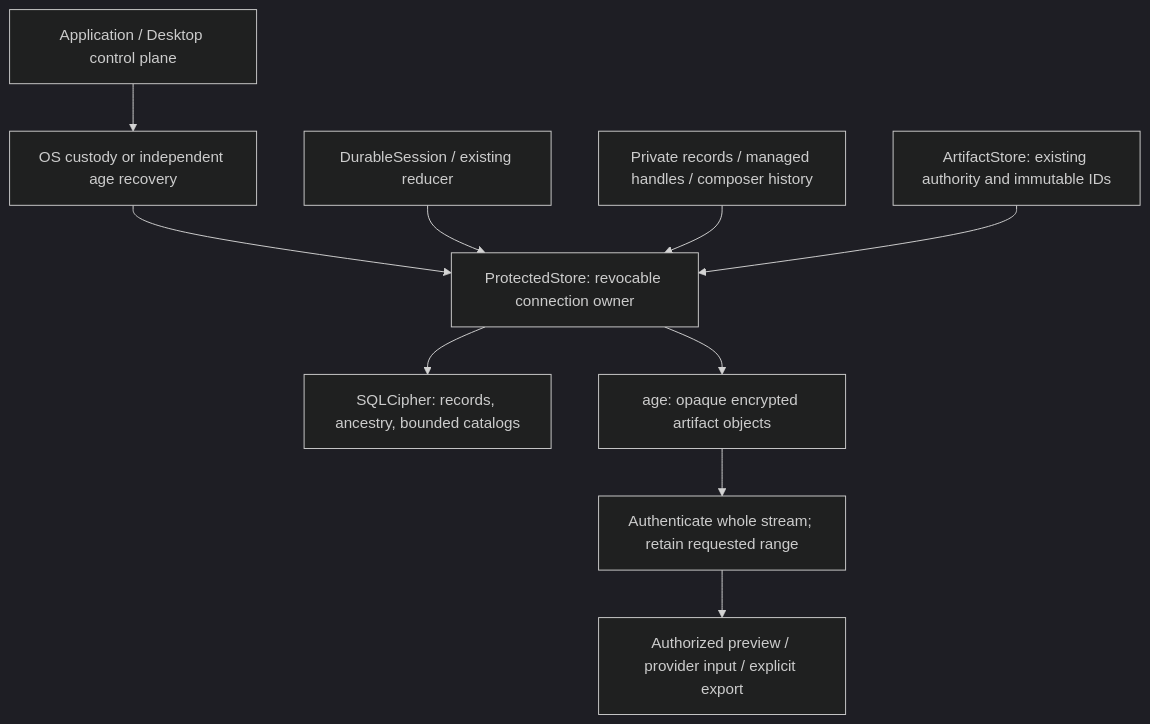
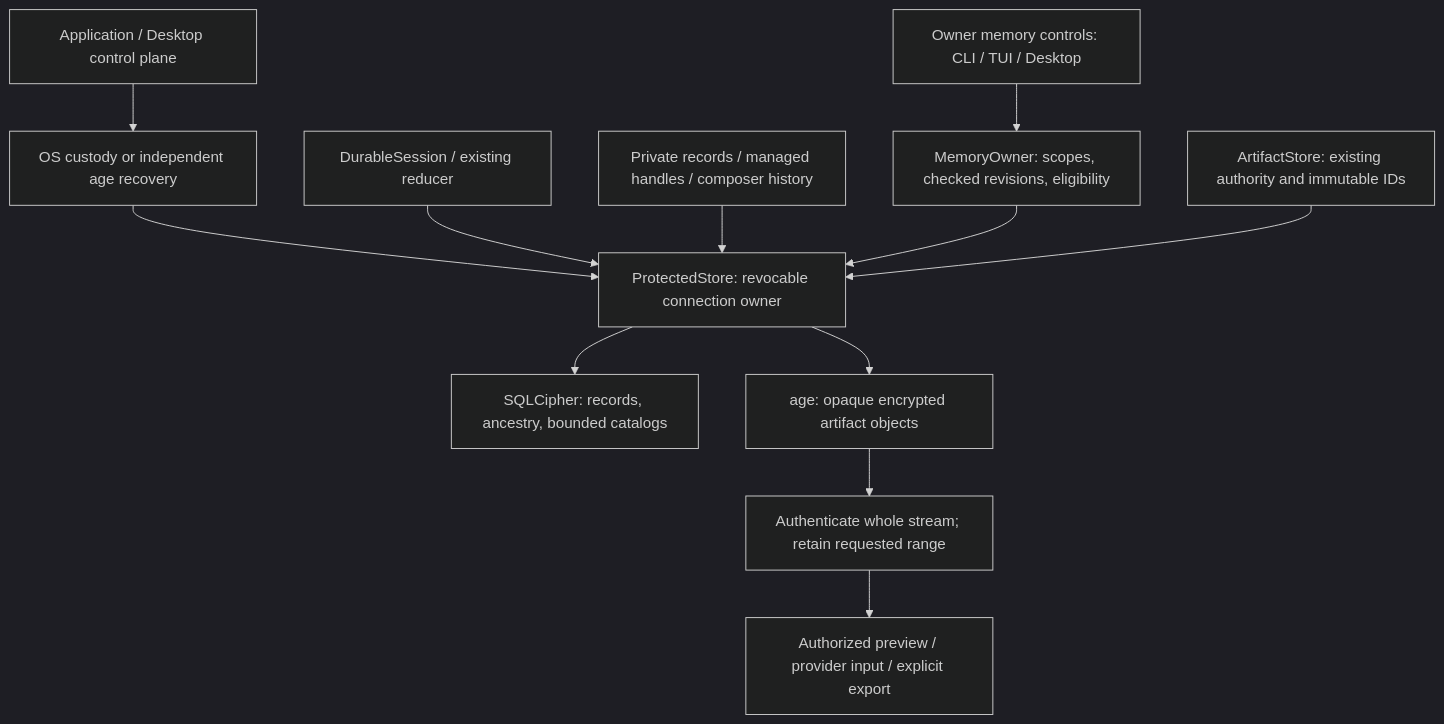
Before and after one commit to labcoder/xana: the diagram in docs/architecture/protected-storage.md, drawn with Mermaid (dark theme). The commit also changed other lines of this file and 40 other files, not shown here.

Commit message:
feat(memory): add governed scoped owner controls across clients

````diff
--- a/docs/architecture/protected-storage.md
+++ b/docs/architecture/protected-storage.md
@@ -19,12 +48,14 @@
 ```mermaid
 flowchart TD
     APP[Application / Desktop control plane] --> CUSTODY[OS custody or independent age recovery]
     CUSTODY --> STORE[ProtectedStore: revocable connection owner]
     SESSION[DurableSession / existing reducer] --> STORE
     RECORDS[Private records / managed handles / composer history] --> STORE
+    OWNER[Owner memory controls: CLI / TUI / Desktop] --> MEMORY[MemoryOwner: scopes, checked revisions, eligibility]
+    MEMORY --> STORE
     STORE --> DB[SQLCipher: records, ancestry, bounded catalogs]
     ART[ArtifactStore: existing authority and immutable IDs] --> STORE
     STORE --> AGE[age: opaque encrypted artifact objects]
     AGE --> RANGE[Authenticate whole stream; retain requested range]
     RANGE --> VIEW[Authorized preview / provider input / explicit export]
 ```
````
